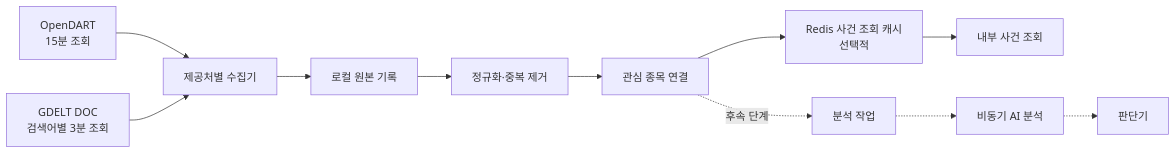
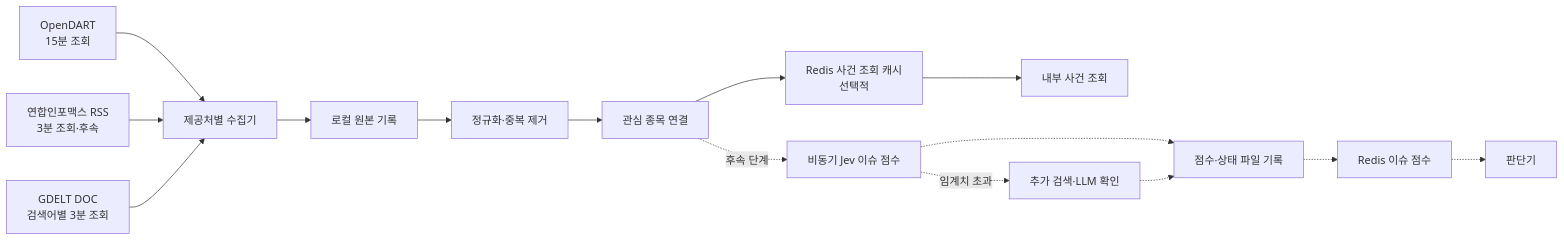
The first of 2 diagrams in docs/lld/03-event-data.md (ShinYEB/Auto-helm), drawn with Mermaid before and after one commit. The commit also changed other lines of this file and 3 other files, not shown here.

````diff
--- a/docs/lld/03-event-data.md
+++ b/docs/lld/03-event-data.md
@@ -13,13 +13,17 @@
 ```mermaid
 flowchart LR
     DART["OpenDART<br/>15분 조회"] --> FETCH["제공처별 수집기"]
+    RSS["연합인포맥스 RSS<br/>3분 조회·후속"] --> FETCH
     GDELT["GDELT DOC<br/>검색어별 3분 조회"] --> FETCH
     FETCH --> RAW["로컬 원본 기록"]
     RAW --> NORM["정규화·중복 제거"]
     NORM --> LINK["관심 종목 연결"]
     LINK --> CACHE["Redis 사건 조회 캐시<br/>선택적"]
     CACHE --> QUERY["내부 사건 조회"]
-    LINK -. "후속 단계" .-> JOB["분석 작업"]
-    JOB -.-> AI["비동기 AI 분석"]
-    AI -.-> DEC["판단기"]
+    LINK -. "후속 단계" .-> JEV["비동기 Jev 이슈 점수"]
+    JEV -.-> SCORE["점수·상태 파일 기록"]
+    SCORE -.-> RCACHE["Redis 이슈 점수"]
+    JEV -. "임계치 초과" .-> SEARCH["추가 검색·LLM 확인"]
+    SEARCH -.-> SCORE
+    RCACHE -.-> DEC["판단기"]
 ```
````
